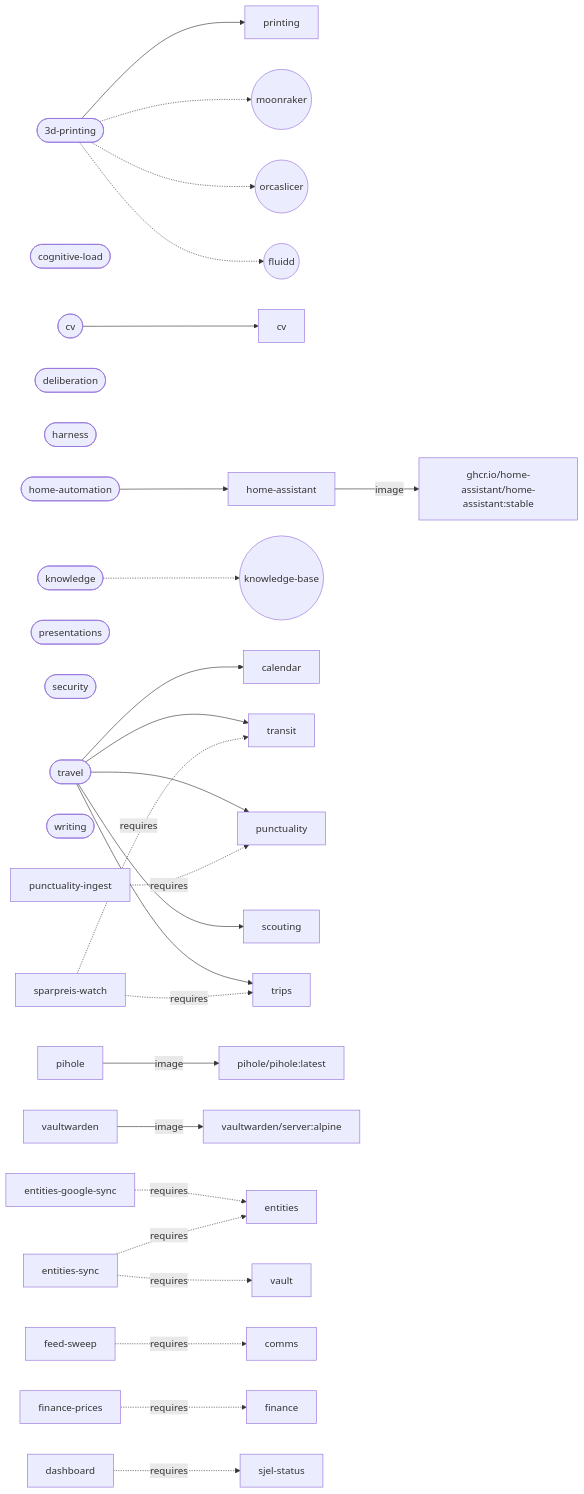
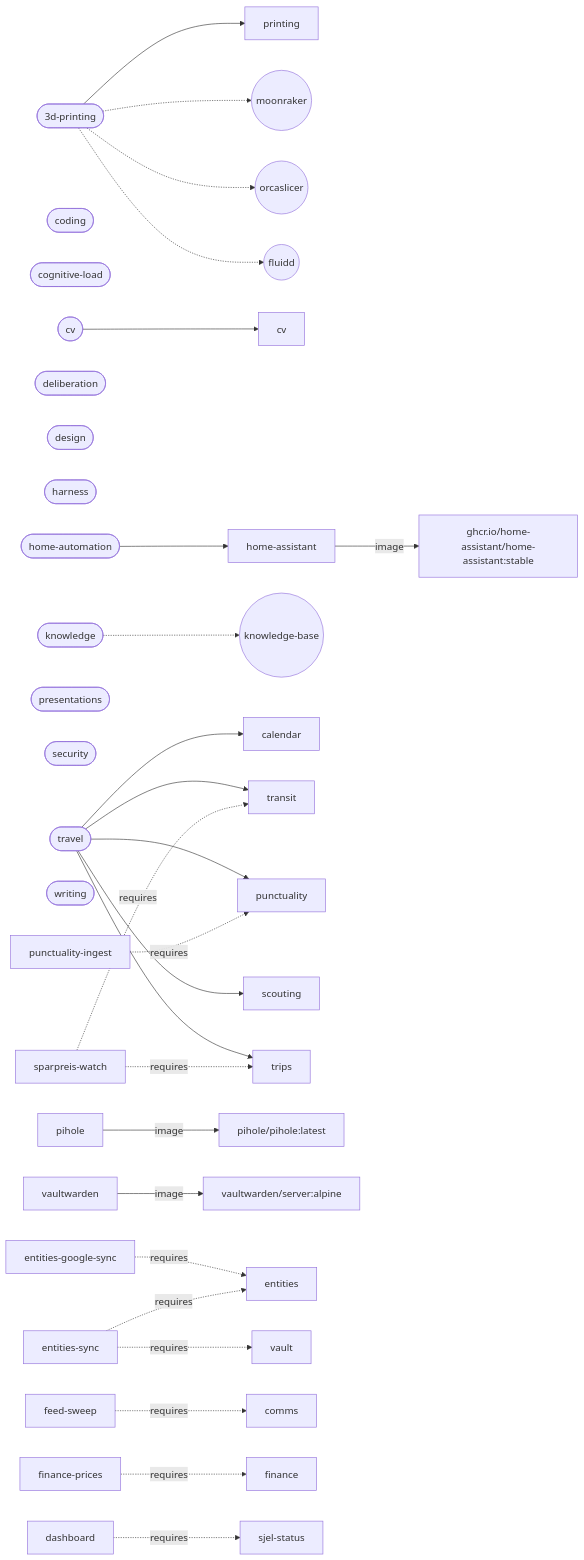
The diagram in ARCHITECTURE.md (larsboes/Sjel), drawn with Mermaid before and after one commit. The commit also changed other lines of this file and 43 other files, not shown here.

First line of the commit message:
Add the coding and design Packs

````diff
--- a/ARCHITECTURE.md
+++ b/ARCHITECTURE.md
@@ -155,38 +157,40 @@
 ```mermaid
 flowchart LR
   pack_3d_printing(["3d-printing"])
   pack_3d_printing --> cap_printing["printing"]
   pack_3d_printing -.-> sys_moonraker(("moonraker"))
   pack_3d_printing -.-> sys_orcaslicer(("orcaslicer"))
   pack_3d_printing -.-> sys_fluidd(("fluidd"))
+  pack_coding(["coding"])
   pack_cognitive_load(["cognitive-load"])
   pack_cv(["cv"])
   pack_cv --> cap_cv["cv"]
   pack_deliberation(["deliberation"])
+  pack_design(["design"])
   pack_harness(["harness"])
   pack_home_automation(["home-automation"])
   pack_home_automation --> cap_home_assistant["home-assistant"]
   pack_knowledge(["knowledge"])
   pack_knowledge -.-> sys_knowledge_base(("knowledge-base"))
   pack_presentations(["presentations"])
   pack_security(["security"])
   pack_travel(["travel"])
   pack_travel --> cap_calendar["calendar"]
   pack_travel --> cap_transit["transit"]
   pack_travel --> cap_punctuality["punctuality"]
   pack_travel --> cap_scouting["scouting"]
   pack_travel --> cap_trips["trips"]
   pack_writing(["writing"])
   cap_home_assistant["home-assistant"] -->|image| img_ghcr_io_home_assistant_home_assistant["ghcr.io/home-assistant/home-assistant:stable"]
   cap_pihole["pihole"] -->|image| img_pihole_pihole["pihole/pihole:latest"]
   cap_vaultwarden["vaultwarden"] -->|image| img_vaultwarden_server["vaultwarden/server:alpine"]
   cap_entities_google_sync["entities-google-sync"] -.->|requires| cap_entities["entities"]
   cap_entities_sync["entities-sync"] -.->|requires| cap_vault["vault"]
   cap_entities_sync["entities-sync"] -.->|requires| cap_entities["entities"]
   cap_feed_sweep["feed-sweep"] -.->|requires| cap_comms["comms"]
   cap_finance_prices["finance-prices"] -.->|requires| cap_finance["finance"]
   cap_punctuality_ingest["punctuality-ingest"] -.->|requires| cap_punctuality["punctuality"]
   cap_sparpreis_watch["sparpreis-watch"] -.->|requires| cap_transit["transit"]
   cap_sparpreis_watch["sparpreis-watch"] -.->|requires| cap_trips["trips"]
   cap_dashboard["dashboard"] -.->|requires| cap_sjel_status["sjel-status"]
 ```
````
